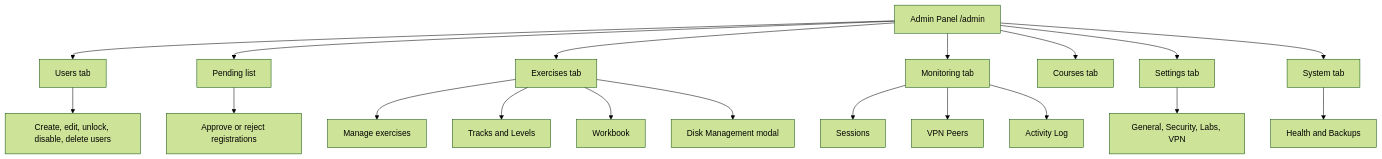
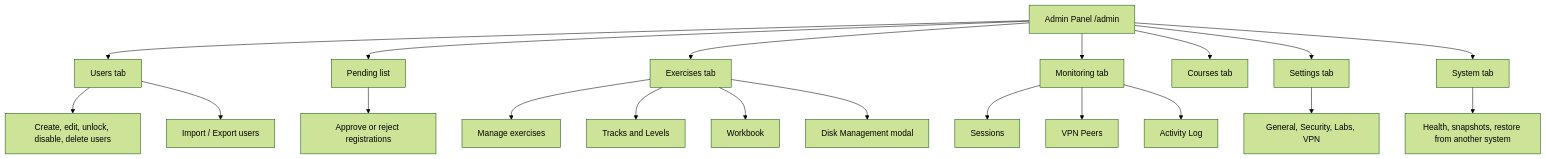
Before and after one commit to RobChaykoski/opencyberrange: the diagram in Manual-Lite/04_Admin_Guide/01_Admin_Panel_Overview.md, drawn with Mermaid (forest theme). The commit also changed other lines of this file and 12 other files, not shown here.

First line of the commit message:
docs: document user transfer, restore, and export accountability

````diff
--- a/Manual-Lite/04_Admin_Guide/01_Admin_Panel_Overview.md
+++ b/Manual-Lite/04_Admin_Guide/01_Admin_Panel_Overview.md
@@ -43,22 +43,23 @@
 ```mermaid
 flowchart TD
   A[Admin Panel /admin] --> U[Users tab]
   A --> P[Pending list]
   A --> E[Exercises tab]
   A --> M[Monitoring tab]
   A --> C[Courses tab]
   A --> SET[Settings tab]
   A --> SYS[System tab]
 
   U --> U1[Create, edit, unlock, disable, delete users]
+  U --> U2[Import / Export users]
   P --> P1[Approve or reject registrations]
   E --> E1[Manage exercises]
   E --> E2[Tracks and Levels]
   E --> E3[Workbook]
   E --> E4[Disk Management modal]
   M --> M1[Sessions]
   M --> M2[VPN Peers]
   M --> M3[Activity Log]
   SET --> S1[General, Security, Labs, VPN]
-  SYS --> SY1[Health and Backups]
+  SYS --> SY1[Health, snapshots, restore from another system]
 ```
````
